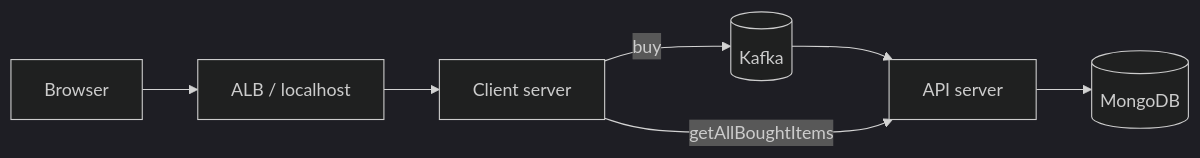
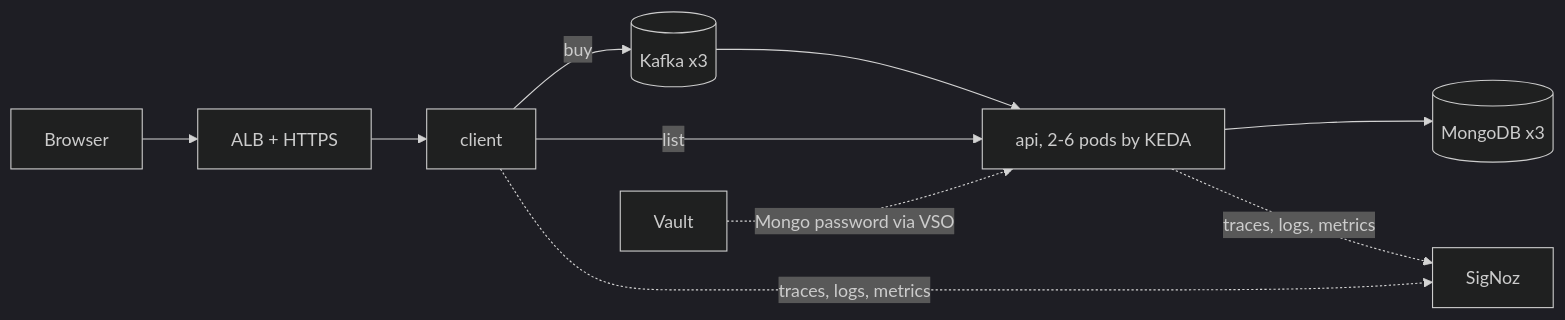
Before and after one commit to Telsek/python-kafka-mongo: the diagram in README.md, drawn with Mermaid (dark theme). The commit also changed other lines of this file and 30 other files, not shown here.

````diff
--- a/README.md
+++ b/README.md
@@ -22,9 +20,11 @@
 ```mermaid
 flowchart LR
-    U[Browser] --> L[ALB / localhost]
-    L --> C[Client server]
-    C -->|buy| K[(Kafka)]
-    K --> A[API server]
-    A --> M[(MongoDB)]
-    C -->|getAllBoughtItems| A
+    U[Browser] --> ALB[ALB + HTTPS]
+    ALB --> C[client]
+    C -->|buy| K[(Kafka x3)]
+    K --> A[api, 2-6 pods by KEDA]
+    A --> M[(MongoDB x3)]
+    C -->|list| A
+    V[Vault] -.->|Mongo password via VSO| A
+    A & C -.->|traces, logs, metrics| S[SigNoz]
 ```
````
